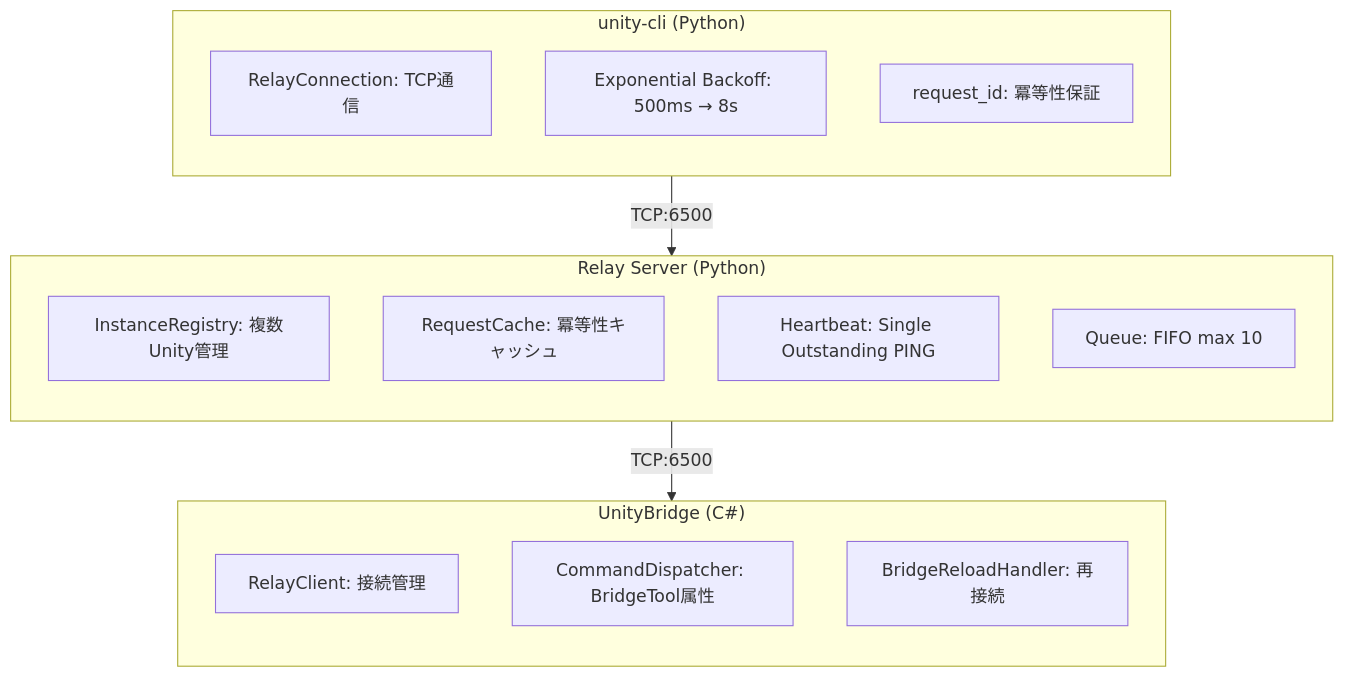
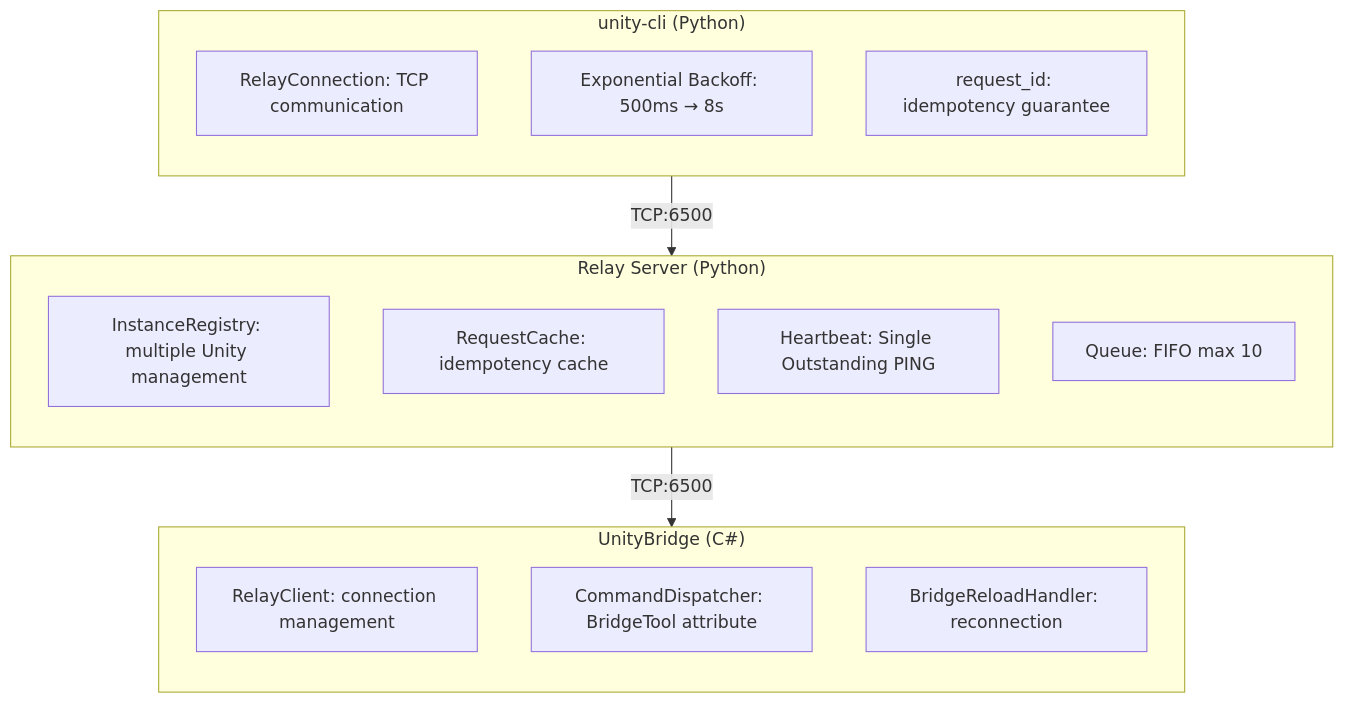
The diagram in README.md (bigdra50/unity-cli), drawn with Mermaid before and after one commit. The commit also changed other lines of this file and 1 other file, not shown here.

````diff
--- a/README.md
+++ b/README.md
@@ -321,27 +323,27 @@
 ```mermaid
 flowchart TB
     subgraph CLI["unity-cli (Python)"]
         direction TB
-        RC[RelayConnection: TCP通信]
+        RC[RelayConnection: TCP communication]
         EB[Exponential Backoff: 500ms → 8s]
-        RID[request_id: 冪等性保証]
+        RID[request_id: idempotency guarantee]
     end
 
     subgraph Relay["Relay Server (Python)"]
         direction TB
-        IR[InstanceRegistry: 複数Unity管理]
-        Cache[RequestCache: 冪等性キャッシュ]
+        IR[InstanceRegistry: multiple Unity management]
+        Cache[RequestCache: idempotency cache]
         HB[Heartbeat: Single Outstanding PING]
         Q[Queue: FIFO max 10]
     end
 
     subgraph Unity["UnityBridge (C#)"]
         direction TB
-        Client[RelayClient: 接続管理]
-        Dispatcher[CommandDispatcher: BridgeTool属性]
-        Reload[BridgeReloadHandler: 再接続]
+        Client[RelayClient: connection management]
+        Dispatcher[CommandDispatcher: BridgeTool attribute]
+        Reload[BridgeReloadHandler: reconnection]
     end
 
     CLI -->|TCP:6500| Relay
     Relay -->|TCP:6500| Unity
 ```
````
